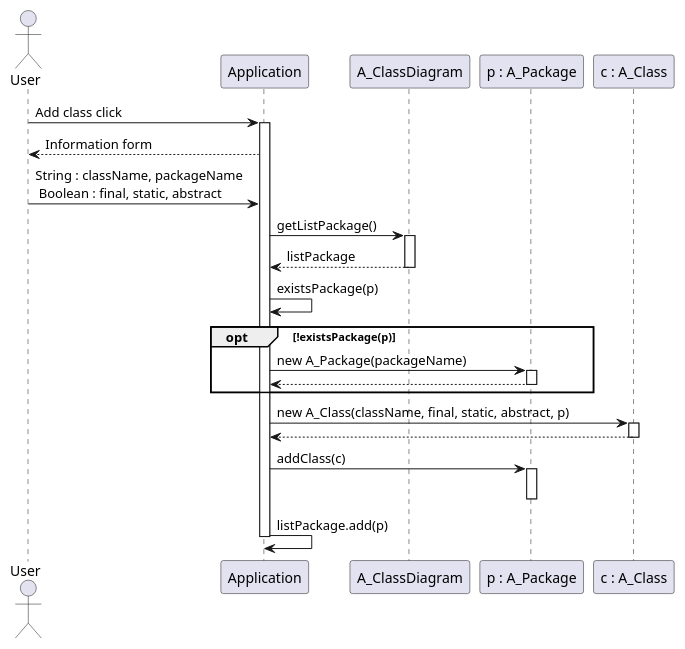
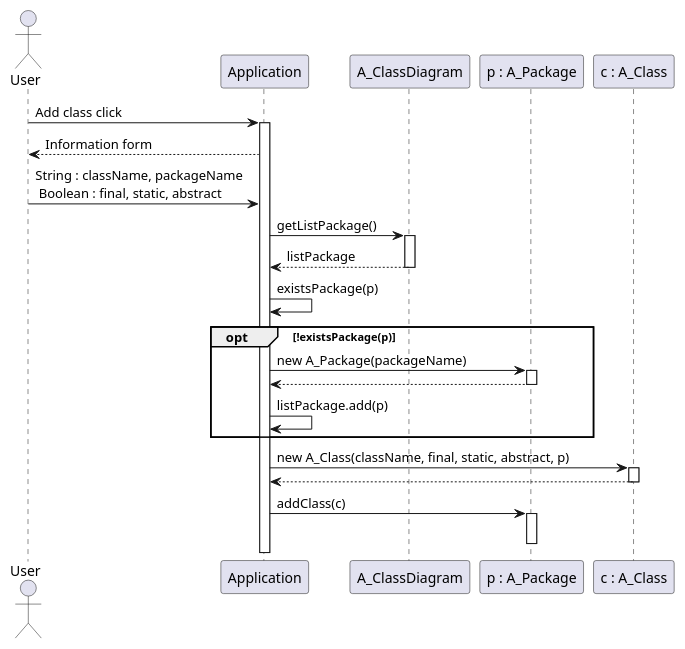
One commit to Phalexei/Modeleur changed the diagram in src/com/github/tomap/uml/conception/sequenceDiagrams/addClass.puml. Above: the diagram before and after it, drawn with PlantUML. The commit also changed 8 other files, not shown here.

Commit message:
Travail des diagrammes de séquences de conception

```diff
--- a/src/com/github/tomap/uml/conception/sequenceDiagrams/addClass.puml
+++ b/src/com/github/tomap/uml/conception/sequenceDiagrams/addClass.puml
@@ -1,42 +1,41 @@
 @startuml
 
     actor User as u
     participant Application as a
     participant A_ClassDiagram as Cd
     participant "p : A_Package" as p
     participant "c : A_Class" as c
         
 	u -> a: Add class click
 	activate a
 
         a --> u: Information form
         u -> a: String : className, packageName\n Boolean : final, static, abstract
 
-
 	a -> Cd: getListPackage()
         activate Cd
 	Cd --> a: listPackage
         deactivate Cd
 
         a -> a: existsPackage(p)
 
 	opt !existsPackage(p)
             a -> p: new A_Package(packageName)
             activate p
             p --> a
             deactivate p
+
+            a -> a: listPackage.add(p)
 	end
         
 	a -> c: new A_Class(className, final, static, abstract, p)
         activate c
         c --> a
 	deactivate c
 
         a -> p: addClass(c)
         activate p
         deactivate p
 
-        a -> a: listPackage.add(p)
-	deactivate a
 
 @enduml
```
